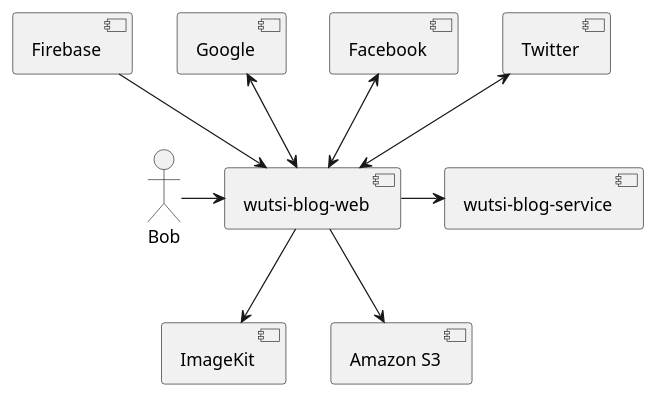
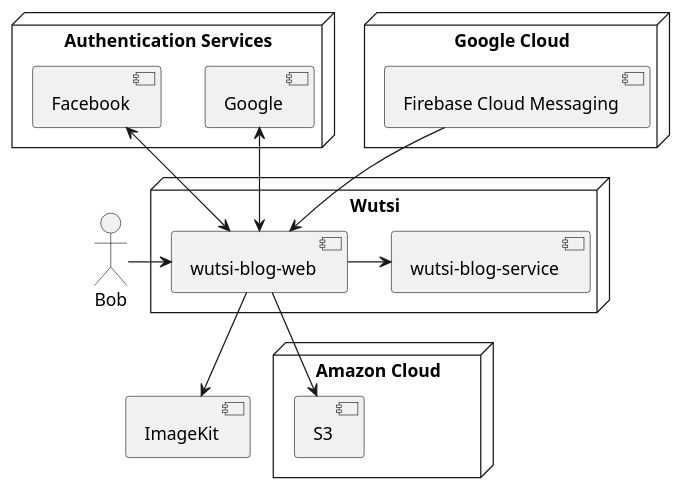
Before and after one commit to wutsi/wutsi.github.io: the diagram in architecture/wutsi-blog-web.md, drawn with PlantUML. The commit also changed other lines of this file, not shown here.

````diff
--- a/architecture/wutsi-blog-web.md
+++ b/architecture/wutsi-blog-web.md
@@ -4,17 +4,34 @@
 ```plantuml
 @startuml
 
 Actor Bob
+node Wutsi {
+    [wutsi-blog-web] 
+    [wutsi-blog-service]
+}
 
-[Firebase] --> [wutsi-blog-web] 
+node "Amazon Cloud" {
+    [S3]
+}
+
+node "Authentication Services" {
+    [Google]
+    [Facebook]
+}
+
+node "Google Cloud" {
+    [Firebase Cloud Messaging]
+}
+
+
+[Firebase Cloud Messaging] --> [wutsi-blog-web] 
 [Google] <--> [wutsi-blog-web]
 [Facebook] <--> [wutsi-blog-web]
-[Twitter] <--> [wutsi-blog-web]
 
 Bob -> [wutsi-blog-web]
 [wutsi-blog-web] -> [wutsi-blog-service]
 [wutsi-blog-web] --> [ImageKit]
-[wutsi-blog-web] --> [Amazon S3]
+[wutsi-blog-web] --> [S3]
 
 @enduml
 ```
````
